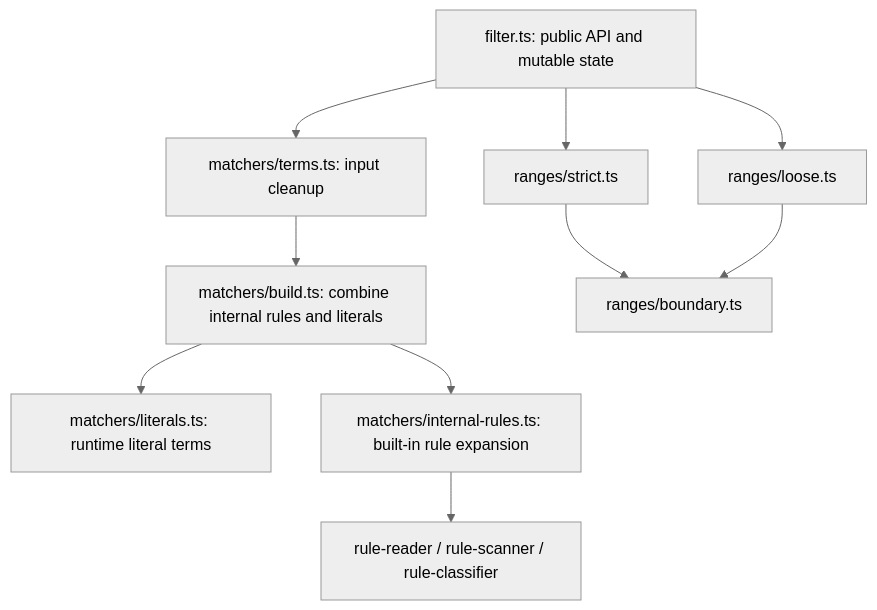
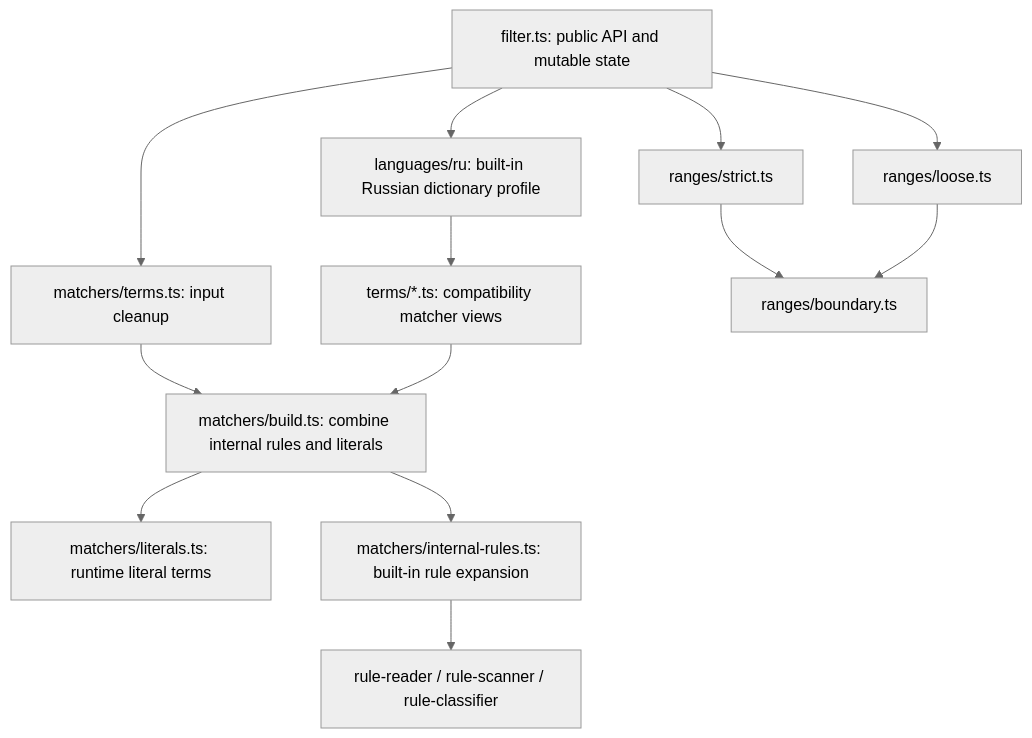
One commit to textfilters/textfilters changed the fourth of 4 diagrams in docs/architecture.md. Above: the diagram before and after it, drawn with Mermaid (neutral theme). The commit also changed other lines of this file and 14 other files, not shown here.

Commit message:
refactor: model Russian corpus as language dictionary

````diff
--- a/docs/architecture.md
+++ b/docs/architecture.md
@@ -111,12 +118,15 @@
 ```mermaid
 flowchart TD
   API["filter.ts: public API and mutable state"] --> Terms["matchers/terms.ts: input cleanup"]
+  API --> Languages["languages/ru: built-in Russian dictionary profile"]
+  Languages --> TermsLoaders["terms/*.ts: compatibility matcher views"]
   Terms --> Build["matchers/build.ts: combine internal rules and literals"]
+  TermsLoaders --> Build
   Build --> Literal["matchers/literals.ts: runtime literal terms"]
   Build --> Internal["matchers/internal-rules.ts: built-in rule expansion"]
   Internal --> RuleHelpers["rule-reader / rule-scanner / rule-classifier"]
   API --> StrictRanges["ranges/strict.ts"]
   API --> LooseRanges["ranges/loose.ts"]
   StrictRanges --> Boundary["ranges/boundary.ts"]
   LooseRanges --> Boundary
 ```
````
